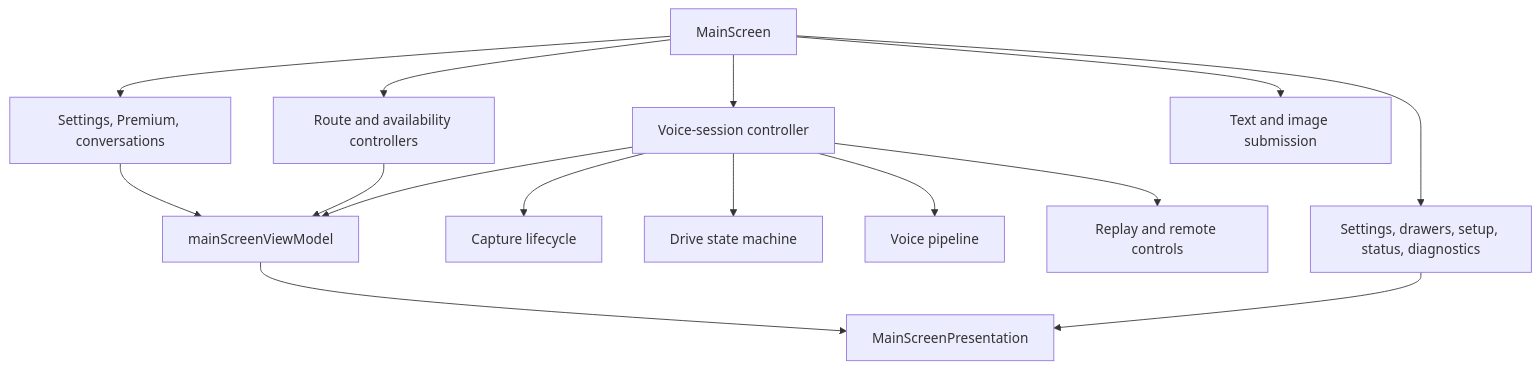
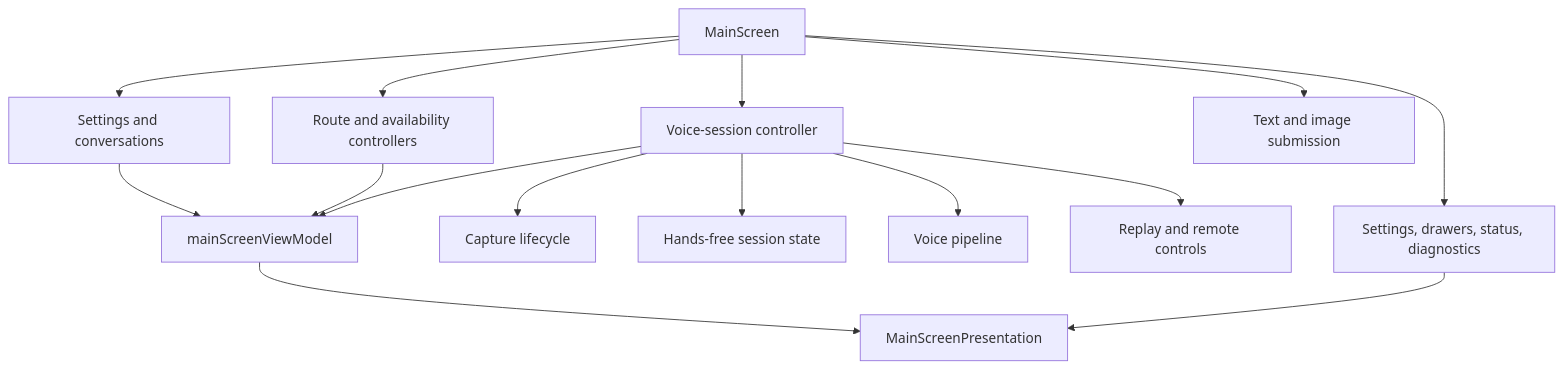
One commit to hurrtz/mrbroccoli changed the first of 3 diagrams in src/screens/main/DESIGN.md. Above: the diagram before and after it, drawn with Mermaid. The commit also changed other lines of this file and 325 other files, not shown here.

````diff
--- a/src/screens/main/DESIGN.md
+++ b/src/screens/main/DESIGN.md
@@ -22,19 +22,19 @@
 ```mermaid
 flowchart TB
-    Main[MainScreen] --> Data[Settings, Premium, conversations]
+    Main[MainScreen] --> Data[Settings and conversations]
     Main --> Route[Route and availability controllers]
     Main --> Voice[Voice-session controller]
     Main --> Text[Text and image submission]
-    Main --> Surfaces[Settings, drawers, setup, status, diagnostics]
+    Main --> Surfaces[Settings, drawers, status, diagnostics]
 
     Voice --> Capture[Capture lifecycle]
-    Voice --> Drive[Drive state machine]
+    Voice --> HandsFree[Hands-free session state]
     Voice --> Pipeline[Voice pipeline]
     Voice --> Playback[Replay and remote controls]
 
     Data --> VM[mainScreenViewModel]
     Route --> VM
     Voice --> VM
     VM --> Presentation[MainScreenPresentation]
     Surfaces --> Presentation
 ```
````
